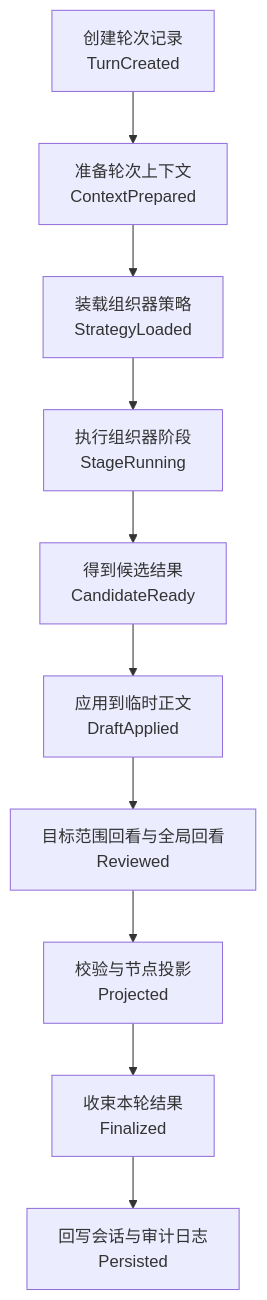
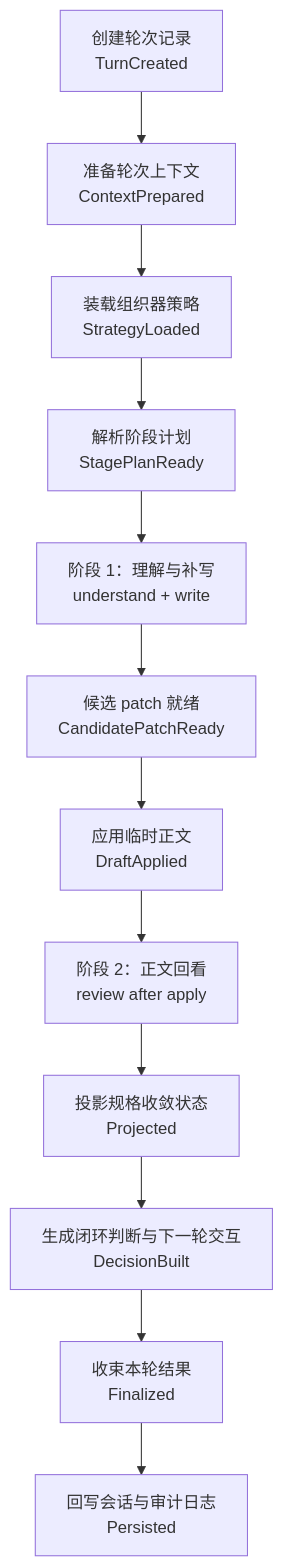
One commit to wgwtest/CodeFactoryV2 changed diagram 25 of 35 in DOC/CODEX_DOC/02_设计说明/P2_需求分析系统/P2-需求分析系统设计.md. Above: the diagram before and after it, drawn with Mermaid. The commit also changed other lines of this file and 17 other files, not shown here.

````diff
--- a/DOC/CODEX_DOC/02_设计说明/P2_需求分析系统/P2-需求分析系统设计.md
+++ b/DOC/CODEX_DOC/02_设计说明/P2_需求分析系统/P2-需求分析系统设计.md
@@ -3061,15 +3116,17 @@
 ```mermaid
 flowchart TB
   A["创建轮次记录<br/>TurnCreated"]
   B["准备轮次上下文<br/>ContextPrepared"]
   C["装载组织器策略<br/>StrategyLoaded"]
-  D["执行组织器阶段<br/>StageRunning"]
-  E["得到候选结果<br/>CandidateReady"]
-  F["应用到临时正文<br/>DraftApplied"]
-  G["目标范围回看与全局回看<br/>Reviewed"]
-  H["校验与节点投影<br/>Projected"]
-  I["收束本轮结果<br/>Finalized"]
-  J["回写会话与审计日志<br/>Persisted"]
+  D["解析阶段计划<br/>StagePlanReady"]
+  E["阶段 1：理解与补写<br/>understand + write"]
+  F["候选 patch 就绪<br/>CandidatePatchReady"]
+  G["应用临时正文<br/>DraftApplied"]
+  H["阶段 2：正文回看<br/>review after apply"]
+  I["投影规格收敛状态<br/>Projected"]
+  J["生成闭环判断与下一轮交互<br/>DecisionBuilt"]
+  K["收束本轮结果<br/>Finalized"]
+  L["回写会话与审计日志<br/>Persisted"]
 
-  A --> B --> C --> D --> E --> F --> G --> H --> I --> J
+  A --> B --> C --> D --> E --> F --> G --> H --> I --> J --> K --> L
 ```
````
